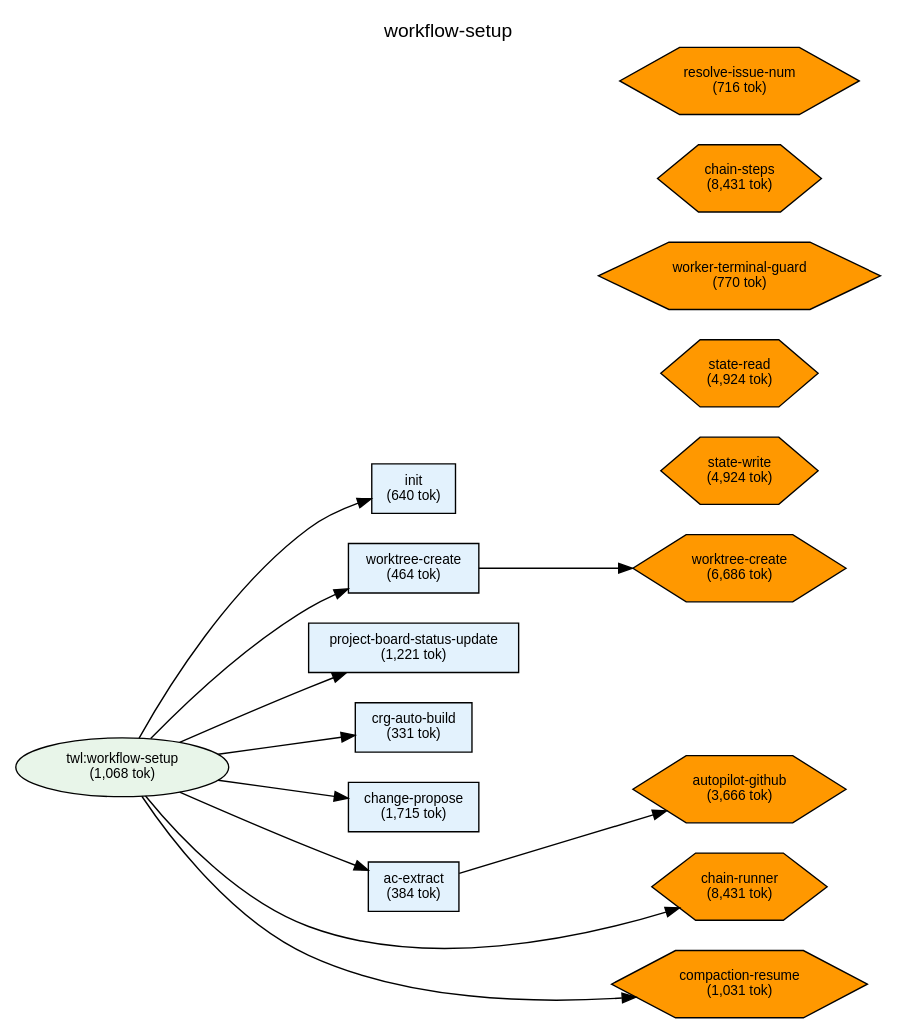
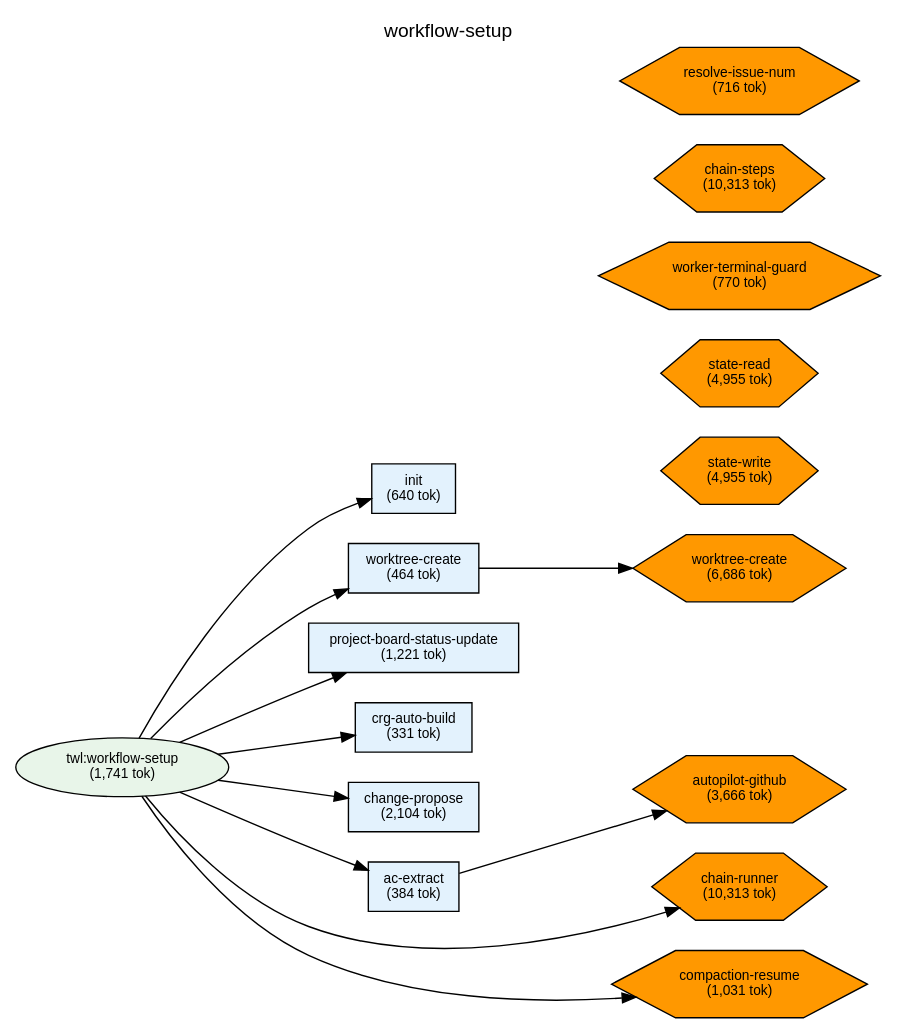
One commit to shuu5/twill changed the diagram in plugins/twl/docs/deps-workflow-setup.dot. Above: the diagram before and after it, drawn with Graphviz. The commit also changed 21 other files, not shown here.

```diff
--- a/plugins/twl/docs/deps-workflow-setup.dot
+++ b/plugins/twl/docs/deps-workflow-setup.dot
@@ -1,79 +1,79 @@
 digraph Dependencies {
     // Graph settings
     rankdir=LR;
     ranksep=0.8;
     nodesep=0.3;
     fontname="Helvetica";
     node [fontname="Helvetica", fontsize=10];
     edge [fontname="Helvetica", fontsize=9];
     label="workflow-setup";
     labelloc=t;
     fontsize=14;
 
     // L0: Controller Skills
 
     // L0: Launchers
 
     // L0.5: Workflow Skills
-    skill_workflow_setup [label="twl:workflow-setup\n(1,068 tok)", shape=ellipse, style=filled, fillcolor="#e8f5e9"];
+    skill_workflow_setup [label="twl:workflow-setup\n(1,741 tok)", shape=ellipse, style=filled, fillcolor="#e8f5e9"];
 
     // Reference Skills
 
     // L1: Direct Commands
     cmd_init [label="init\n(640 tok)", shape=box, style=filled, fillcolor="#e3f2fd"];
     cmd_worktree_create [label="worktree-create\n(464 tok)", shape=box, style=filled, fillcolor="#e3f2fd"];
     cmd_project_board_status_update [label="project-board-status-update\n(1,221 tok)", shape=box, style=filled, fillcolor="#e3f2fd"];
     cmd_crg_auto_build [label="crg-auto-build\n(331 tok)", shape=box, style=filled, fillcolor="#e3f2fd"];
-    cmd_change_propose [label="change-propose\n(1,715 tok)", shape=box, style=filled, fillcolor="#e3f2fd"];
+    cmd_change_propose [label="change-propose\n(2,104 tok)", shape=box, style=filled, fillcolor="#e3f2fd"];
     cmd_ac_extract [label="ac-extract\n(384 tok)", shape=box, style=filled, fillcolor="#e3f2fd"];
 
     // L2: Sub Commands
 
     // L3: Agents
 
     // L3.5: Scripts
-    script_state_read [label="state-read\n(4,924 tok)", shape=hexagon, style=filled, fillcolor="#FF9800"];
-    script_state_write [label="state-write\n(4,924 tok)", shape=hexagon, style=filled, fillcolor="#FF9800"];
-    script_chain_runner [label="chain-runner\n(8,431 tok)", shape=hexagon, style=filled, fillcolor="#FF9800"];
+    script_state_read [label="state-read\n(4,955 tok)", shape=hexagon, style=filled, fillcolor="#FF9800"];
+    script_state_write [label="state-write\n(4,955 tok)", shape=hexagon, style=filled, fillcolor="#FF9800"];
+    script_chain_runner [label="chain-runner\n(10,313 tok)", shape=hexagon, style=filled, fillcolor="#FF9800"];
     script_worker_terminal_guard [label="worker-terminal-guard\n(770 tok)", shape=hexagon, style=filled, fillcolor="#FF9800"];
     script_worktree_create [label="worktree-create\n(6,686 tok)", shape=hexagon, style=filled, fillcolor="#FF9800"];
     script_autopilot_github [label="autopilot-github\n(3,666 tok)", shape=hexagon, style=filled, fillcolor="#FF9800"];
-    script_chain_steps [label="chain-steps\n(8,431 tok)", shape=hexagon, style=filled, fillcolor="#FF9800"];
+    script_chain_steps [label="chain-steps\n(10,313 tok)", shape=hexagon, style=filled, fillcolor="#FF9800"];
     script_compaction_resume [label="compaction-resume\n(1,031 tok)", shape=hexagon, style=filled, fillcolor="#FF9800"];
     script_resolve_issue_num [label="resolve-issue-num\n(716 tok)", shape=hexagon, style=filled, fillcolor="#FF9800"];
 
     // L4: External
 
     // Layer constraints
     { rank=same; skill_workflow_setup; }
     { rank=same; cmd_init; cmd_worktree_create; cmd_project_board_status_update; cmd_crg_auto_build; cmd_change_propose; cmd_ac_extract; }
     { rank=same; script_state_read; script_state_write; script_chain_runner; script_worker_terminal_guard; script_worktree_create; script_autopilot_github; script_chain_steps; script_compaction_resume; script_resolve_issue_num; }
 
     // Edges
     skill_workflow_setup -> cmd_init;
     skill_workflow_setup -> cmd_worktree_create;
     skill_workflow_setup -> cmd_project_board_status_update;
     skill_workflow_setup -> cmd_crg_auto_build;
     skill_workflow_setup -> cmd_change_propose;
     skill_workflow_setup -> cmd_ac_extract;
     skill_workflow_setup -> script_chain_runner;
     skill_workflow_setup -> script_compaction_resume;
     cmd_worktree_create -> script_worktree_create;
     cmd_ac_extract -> script_autopilot_github;
 
     // Ordering constraints (invisible edges)
     cmd_init -> cmd_worktree_create [style=invis, weight=10];
     cmd_worktree_create -> cmd_project_board_status_update [style=invis, weight=10];
     cmd_project_board_status_update -> cmd_crg_auto_build [style=invis, weight=10];
     cmd_crg_auto_build -> cmd_change_propose [style=invis, weight=10];
     cmd_change_propose -> cmd_ac_extract [style=invis, weight=10];
     cmd_ac_extract -> script_chain_runner [style=invis, weight=10];
     script_chain_runner -> script_compaction_resume [style=invis, weight=10];
     script_chain_runner -> script_compaction_resume [style=invis, weight=10];
     script_chain_runner -> script_compaction_resume [style=invis, weight=10];
     script_chain_runner -> script_compaction_resume [style=invis, weight=10];
     script_state_read -> script_state_write [style=invis, weight=10];
     script_state_read -> script_state_write [style=invis, weight=10];
     script_state_read -> script_state_write [style=invis, weight=10];
 
 }
```
